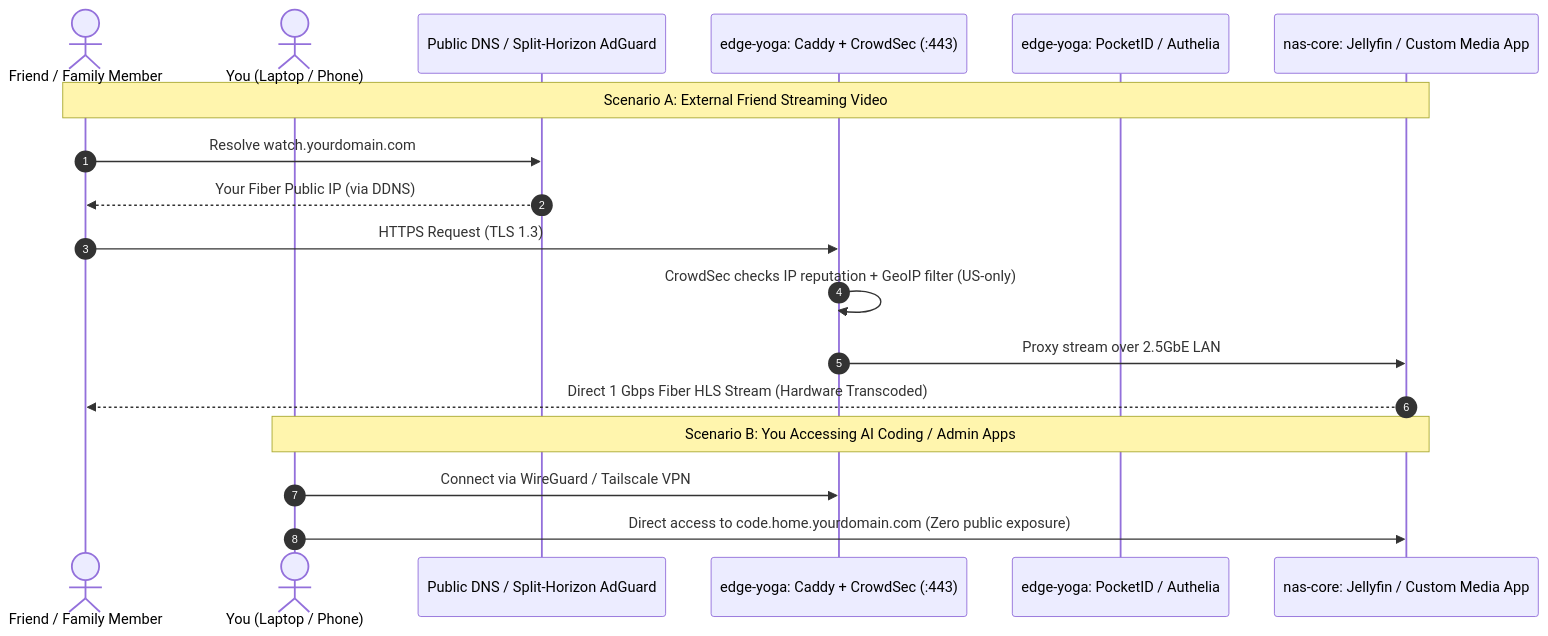
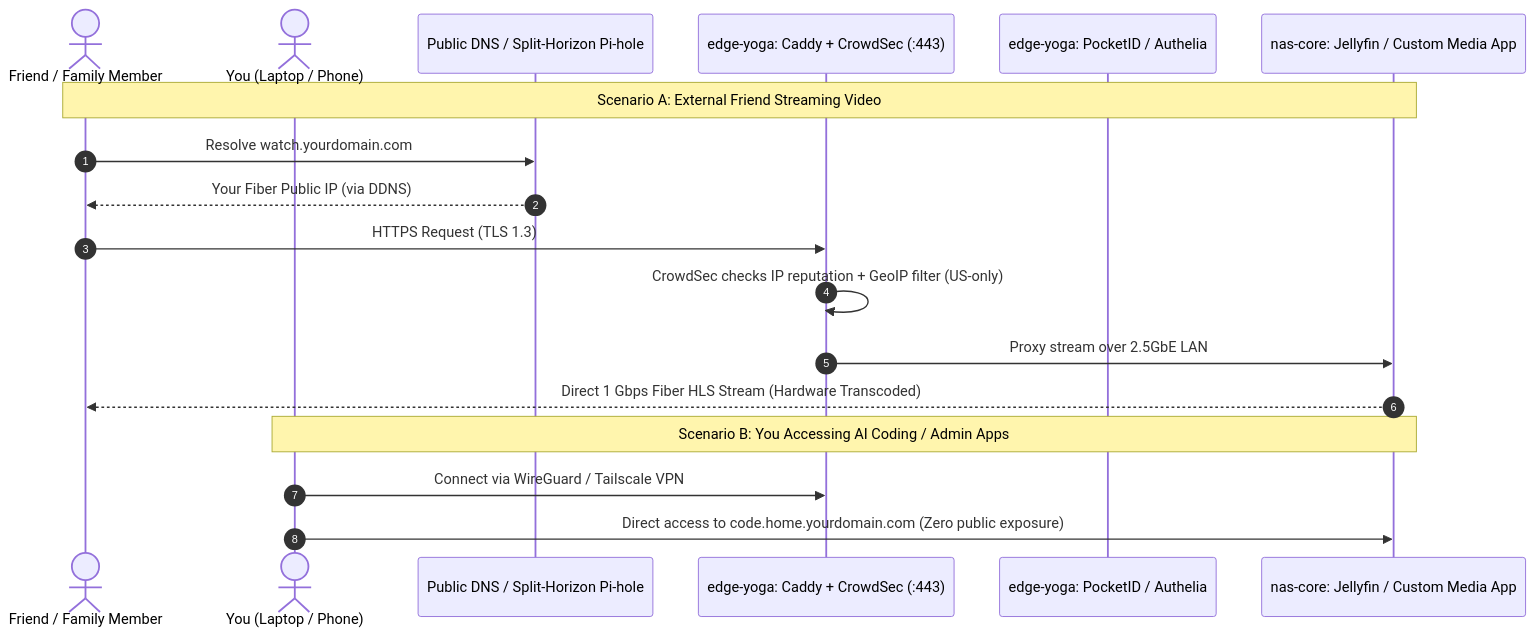
Before and after one commit to RichardOlpin/moria-homelab: the second of 5 diagrams in docs/ARCHITECTURE.md, drawn with Mermaid. The commit also changed other lines of this file and 6 other files, not shown here.

Commit message:
feat(dns): replace adguard with pi-hole on gandalf edge node

````diff
--- a/docs/ARCHITECTURE.md
+++ b/docs/ARCHITECTURE.md
@@ -152,22 +152,22 @@
 ```mermaid
 sequenceDiagram
     autonumber
     actor Family as Friend / Family Member
     actor You as You (Laptop / Phone)
-    participant DNS as Public DNS / Split-Horizon AdGuard
+    participant DNS as Public DNS / Split-Horizon Pi-hole
     participant Caddy as edge-yoga: Caddy + CrowdSec (:443)
     participant Auth as edge-yoga: PocketID / Authelia
     participant NAS as nas-core: Jellyfin / Custom Media App
 
     Note over Family,NAS: Scenario A: External Friend Streaming Video
     Family->>DNS: Resolve watch.yourdomain.com
     DNS-->>Family: Your Fiber Public IP (via DDNS)
     Family->>Caddy: HTTPS Request (TLS 1.3)
     Caddy->>Caddy: CrowdSec checks IP reputation + GeoIP filter (US-only)
     Caddy->>NAS: Proxy stream over 2.5GbE LAN
     NAS-->>Family: Direct 1 Gbps Fiber HLS Stream (Hardware Transcoded)
 
     Note over You,NAS: Scenario B: You Accessing AI Coding / Admin Apps
     You->>Caddy: Connect via WireGuard / Tailscale VPN
     You->>NAS: Direct access to code.home.yourdomain.com (Zero public exposure)
 ```
````
